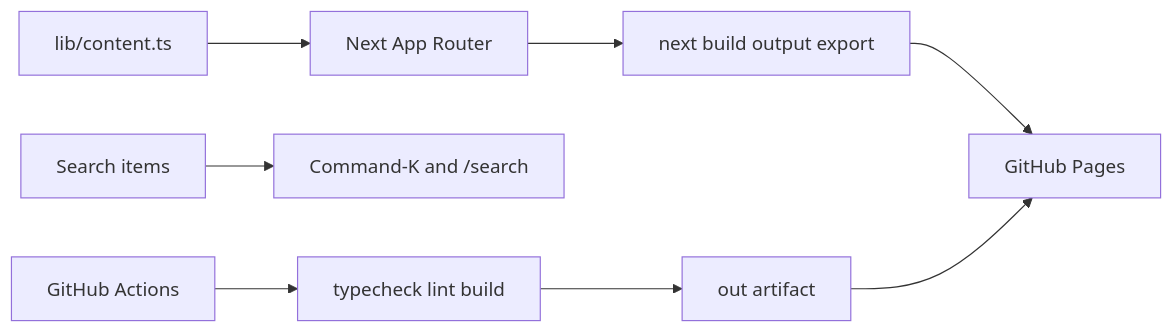
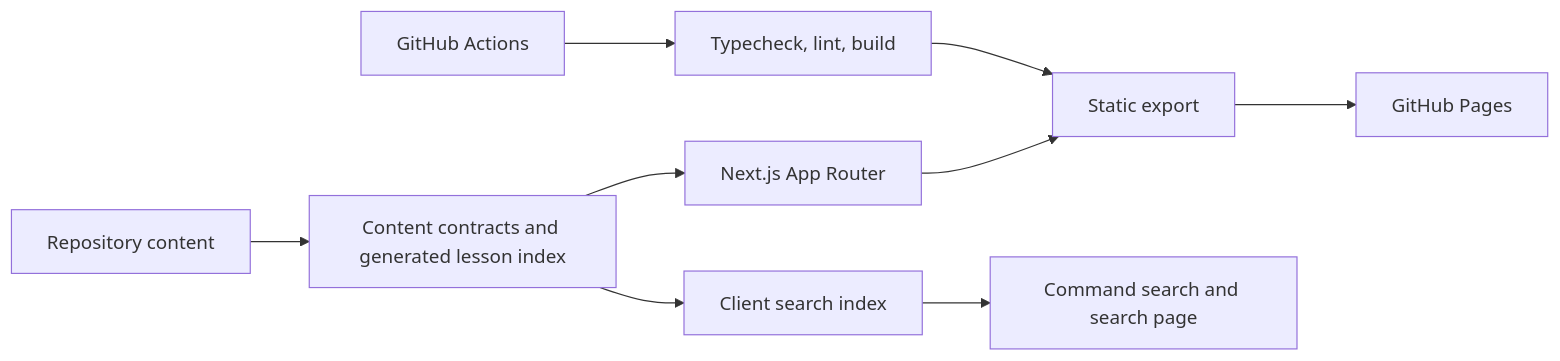
The first of 2 diagrams in ARCHITECTURE.md (DipakMandlik/AIbyDM), drawn with Mermaid before and after one commit. The commit also changed other lines of this file and 574 other files, not shown here.

````diff
--- a/ARCHITECTURE.md
+++ b/ARCHITECTURE.md
@@ -16,10 +16,11 @@
 ```mermaid
 flowchart LR
-    Content[lib/content.ts] --> Routes[Next App Router]
-    Routes --> StaticExport[next build output export]
-    StaticExport --> Pages[GitHub Pages]
-    SearchIndex[Search items] --> ClientSearch[Command-K and /search]
-    GitHub[GitHub Actions] --> Validate[typecheck lint build]
-    Validate --> Deploy[out artifact]
-    Deploy --> Pages
+    Source[Repository content] --> Content[Content contracts and generated lesson index]
+    Content --> Routes[Next.js App Router]
+    Routes --> Export[Static export]
+    Export --> Pages[GitHub Pages]
+    Content --> Search[Client search index]
+    Search --> SearchUI[Command search and search page]
+    Actions[GitHub Actions] --> Quality[Typecheck, lint, build]
+    Quality --> Export
 ```
````
